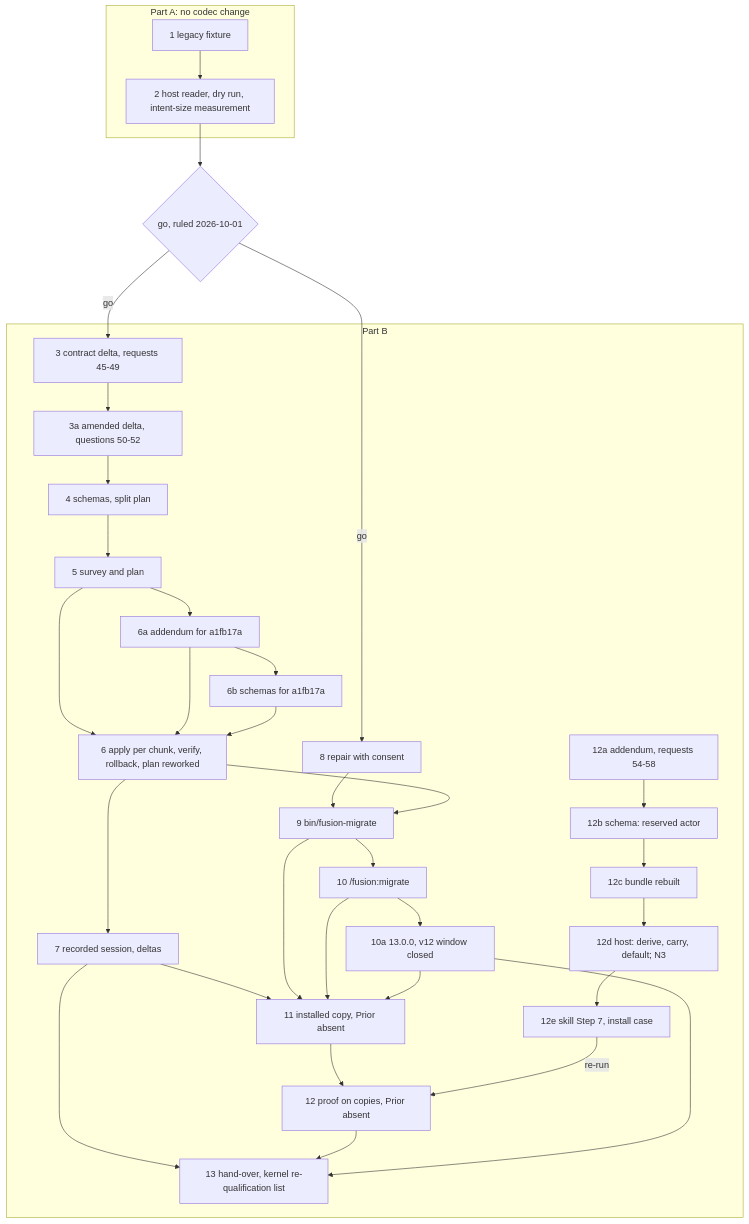
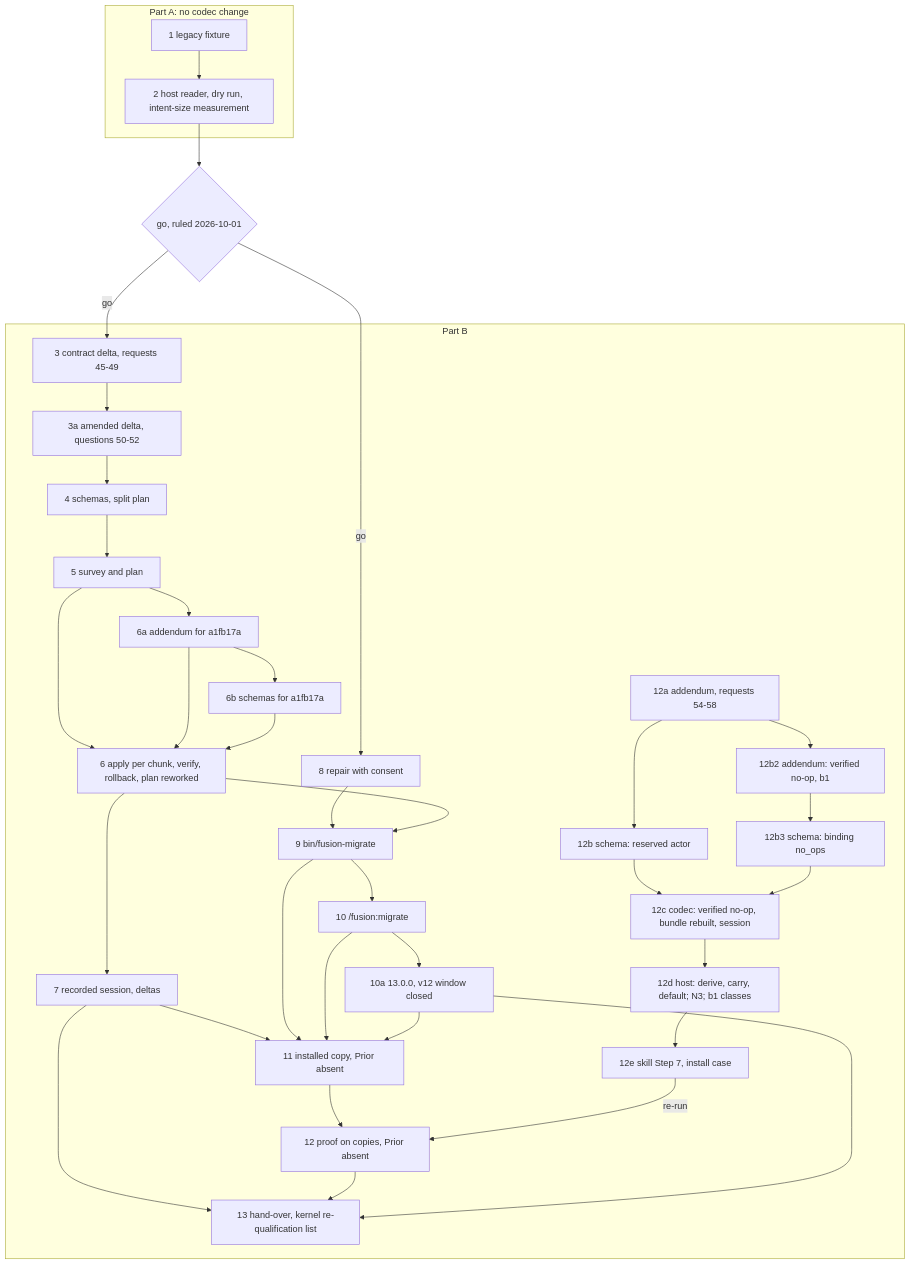
One commit to tenzoki/fusion changed the second of 2 diagrams in fusion-workbench/work-packages/260928-1338-json-control-data-and-markdown-artefacts/plans/261001-1804_p_plan-fj04-the-migration-of-a-legacy-workbench-proven-on-copies.md. Above: the diagram before and after it, drawn with Mermaid. The commit also changed other lines of this file and 3 other files, not shown here.

````diff
--- a/fusion-workbench/work-packages/260928-1338-json-control-data-and-markdown-artefacts/plans/261001-1804_p_plan-fj04-the-migration-of-a-legacy-workbench-proven-on-copies.md
+++ b/fusion-workbench/work-packages/260928-1338-json-control-data-and-markdown-artefacts/plans/261001-1804_p_plan-fj04-the-migration-of-a-legacy-workbench-proven-on-copies.md
@@ -858,37 +979,40 @@
 ```mermaid
 flowchart TD
   subgraph A["Part A: no codec change"]
     S1[1 legacy fixture] --> S2[2 host reader, dry run, intent-size measurement]
   end
   S2 --> GO{go, ruled 2026-10-01}
   subgraph B["Part B"]
     S3[3 contract delta, requests 45-49] --> S3a[3a amended delta, questions 50-52]
     S3a --> S4[4 schemas, split plan]
     S4 --> S5[5 survey and plan]
     S5 --> S6[6 apply per chunk, verify, rollback, plan reworked]
     S5 --> S6a[6a addendum for a1fb17a]
     S6a --> S6b[6b schemas for a1fb17a]
     S6a --> S6
     S6b --> S6
     S6 --> S7[7 recorded session, deltas]
     S8[8 repair with consent] --> S9[9 bin/fusion-migrate]
     S6 --> S9
     S9 --> S10[10 /fusion:migrate]
     S10 --> S10a[10a 13.0.0, v12 window closed]
     S7 --> S11[11 installed copy, Prior absent]
     S9 --> S11
     S10 --> S11
     S10a --> S11
     S11 --> S12[12 proof on copies, Prior absent]
     S12a[12a addendum, requests 54-58] --> S12b[12b schema: reserved actor]
-    S12b --> S12c[12c bundle rebuilt]
-    S12c --> S12d[12d host: derive, carry, default; N3]
+    S12a --> S12b2[12b2 addendum: verified no-op, b1]
+    S12b2 --> S12b3[12b3 schema: binding no_ops]
+    S12b --> S12c[12c codec: verified no-op, bundle rebuilt, session]
+    S12b3 --> S12c
+    S12c --> S12d[12d host: derive, carry, default; N3; b1 classes]
     S12d --> S12e[12e skill Step 7, install case]
     S12e -->|re-run| S12
     S7 --> S13[13 hand-over, kernel re-qualification list]
     S12 --> S13
     S10a --> S13
   end
   GO -->|go| S3
   GO -->|go| S8
 ```
````
